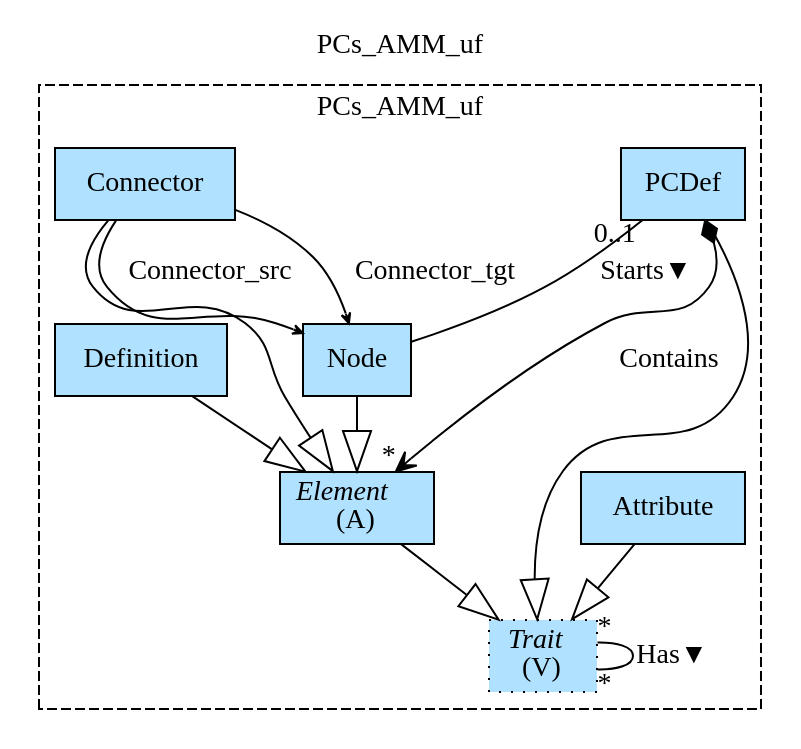
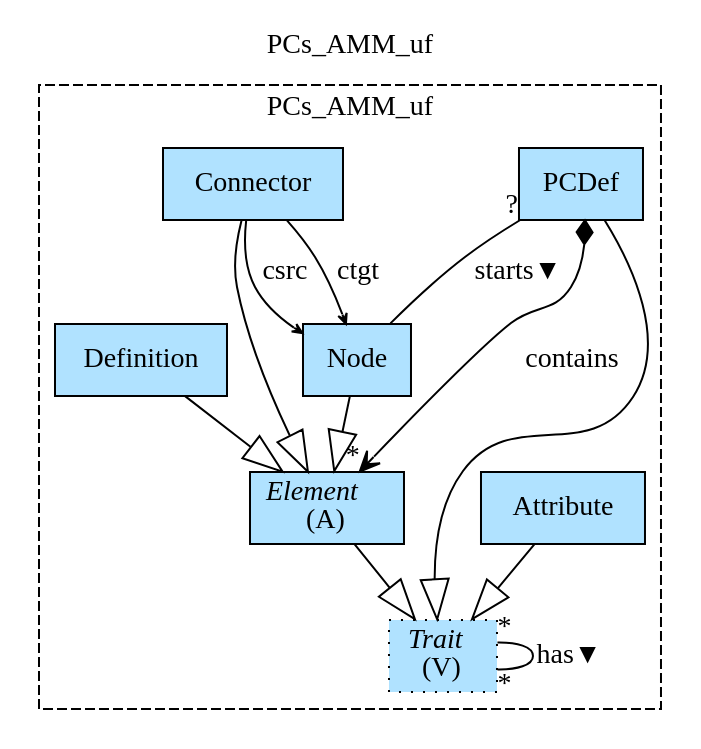
The diagram in Haskell/PCs/MM/img/PCs_AMM_uf.gv (namalio/Fragmenta), drawn with Graphviz before and after one commit. The commit also changed 304 other files, not shown here.

```diff
--- a/Haskell/PCs/MM/img/PCs_AMM_uf.gv
+++ b/Haskell/PCs/MM/img/PCs_AMM_uf.gv
@@ -1,24 +1,24 @@
 digraph {graph[label=PCs_AMM_uf,labelloc=tl,labelfontsize=12];
 subgraph cluster_PCs_AMM_uf{style=dashed;label=PCs_AMM_uf;
 "Attribute"[shape=record,fillcolor=lightskyblue1,style = filled,label="Attribute"];
 "Element"[shape=record,fillcolor=lightskyblue1,style = filled,label=<{<I>Element</I><br/>(A)}>];
 "PCDef"[shape=record,fillcolor=lightskyblue1,style = filled,label="PCDef"];
 "Trait"[shape=record,fillcolor=lightskyblue1,style ="filled,dotted",label=<{<I>Trait</I><br/>(V)}>];
 "Node"[shape=record,fillcolor=lightskyblue1,style = filled,label="Node"];
 "Connector"[shape=record,fillcolor=lightskyblue1,style = filled,label="Connector"];
 "Definition"[shape=record,fillcolor=lightskyblue1,style = filled,label="Definition"];
 
-"PCDef"->"Element"[label="Contains",arrowhead=vee,arrowtail=diamond,dir=both,headlabel="*"];
+"PCDef"->"Element"[label="contains",arrowhead=vee,arrowtail=diamond,dir=both,headlabel="*"];
 "Element"->"Trait"[arrowhead=onormal,arrowsize=2.0];
 "PCDef"->"Trait"[arrowhead=onormal,arrowsize=2.0];
 "Attribute"->"Trait"[arrowhead=onormal,arrowsize=2.0];
 "Connector"->"Element"[arrowhead=onormal,arrowsize=2.0];
 "Definition"->"Element"[arrowhead=onormal,arrowsize=2.0];
 "Node"->"Element"[arrowhead=onormal,arrowsize=2.0];
-"Trait"->"Trait"[label="Has▼",dir=none,taillabel="*",headlabel="*"];
-"PCDef"->"Node"[label="Starts▼",dir=none,taillabel="0..1",headlabel=""];
-"Connector"->"Node"[label="Connector_src",arrowhead=vee,headlabel="",arrowsize=.5];
-"Connector"->"Node"[label="Connector_tgt",arrowhead=vee,headlabel="",arrowsize=.5];
+"Trait"->"Trait"[label="has▼",dir=none,taillabel="*",headlabel="*"];
+"PCDef"->"Node"[label="starts▼",dir=none,taillabel="?",headlabel=""];
+"Connector"->"Node"[label="csrc",arrowhead=vee,headlabel="",arrowsize=.5];
+"Connector"->"Node"[label="ctgt",arrowhead=vee,headlabel="",arrowsize=.5];
 
 }
 }
```
